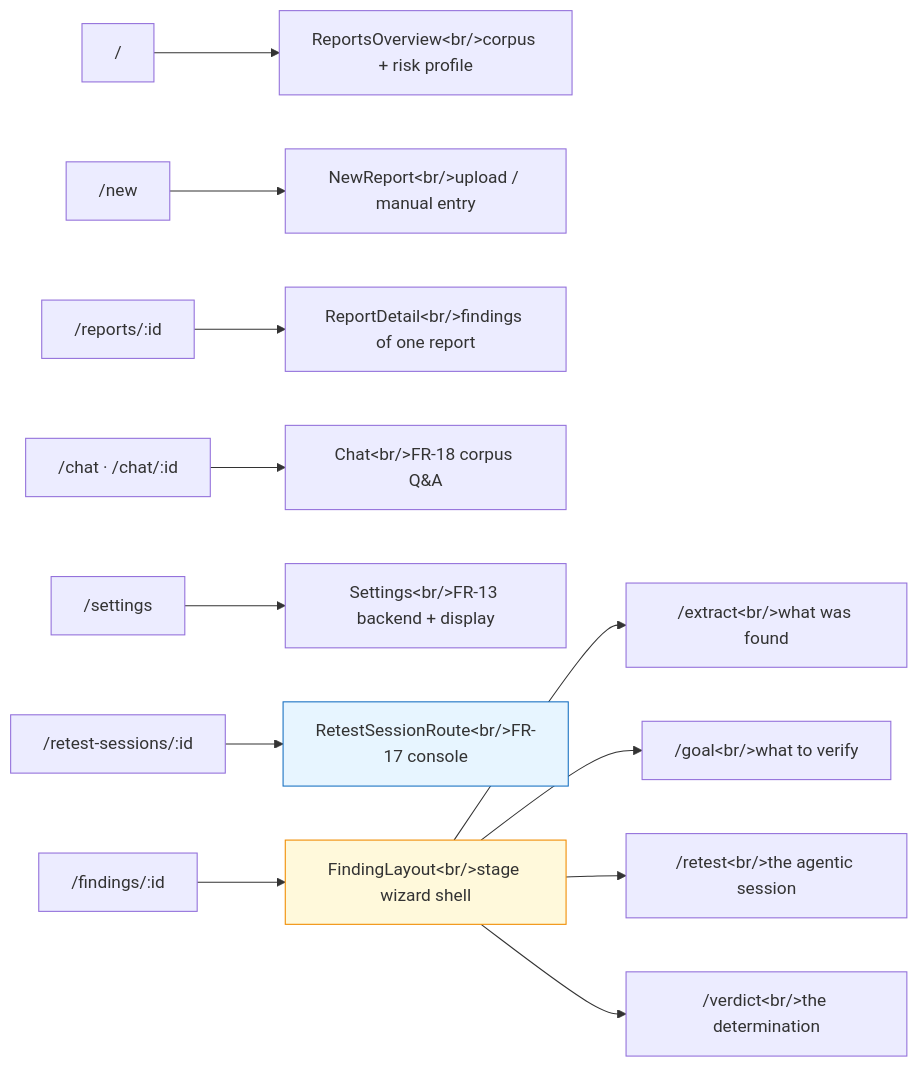
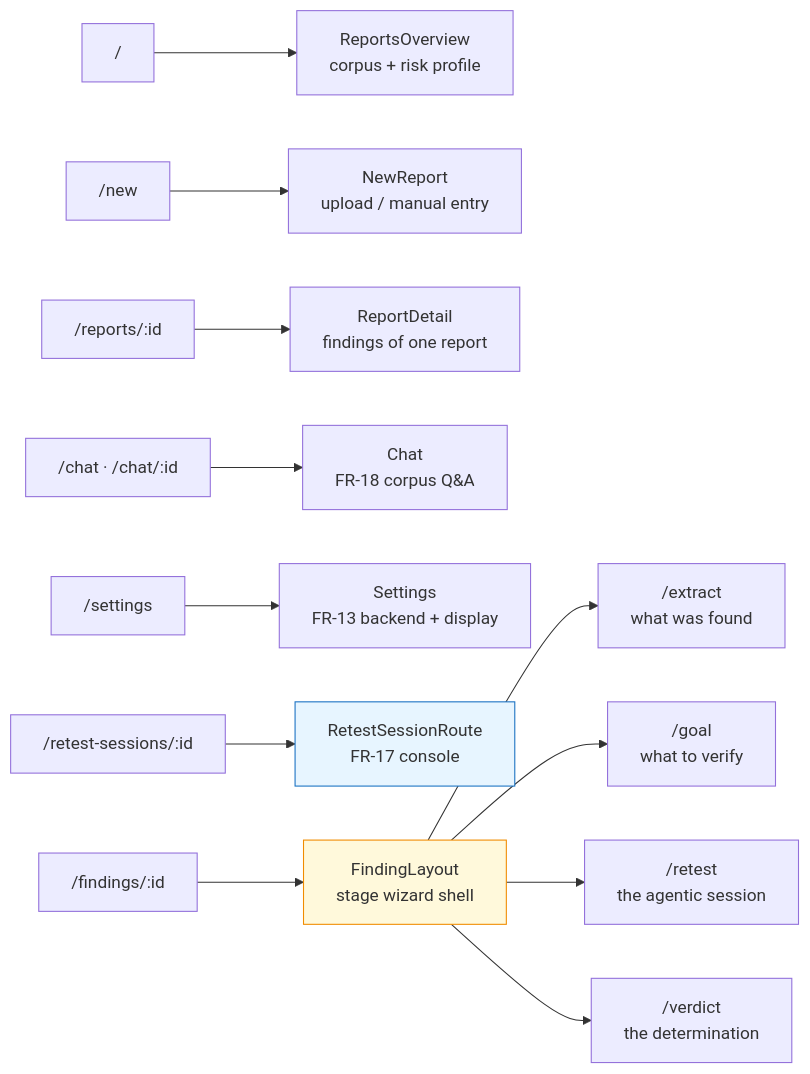
The fourth of 5 diagrams in docs/architecture/subsystem-flows.md (SelfishCoconut/revalid), drawn with Mermaid before and after one commit. The commit also changed other lines of this file and 5 other files, not shown here.

First line of the commit message:
fix(docs): every mermaid diagram rendered as a "Syntax error" bomb (#154) (#155)

````diff
--- a/docs/architecture/subsystem-flows.md
+++ b/docs/architecture/subsystem-flows.md
@@ -136,18 +136,18 @@
 ```mermaid
 flowchart LR
-    ROOT["/"] --> OV["ReportsOverview&lt;br/&gt;corpus + risk profile"]
-    NEW["/new"] --> NR["NewReport&lt;br/&gt;upload / manual entry"]
-    RD["/reports/:id"] --> RDV["ReportDetail&lt;br/&gt;findings of one report"]
-    CH["/chat · /chat/:id"] --> CHV["Chat&lt;br/&gt;FR-18 corpus Q&A"]
-    SET["/settings"] --> SETV["Settings&lt;br/&gt;FR-13 backend + display"]
-    RS["/retest-sessions/:id"] --> RSV["RetestSessionRoute&lt;br/&gt;FR-17 console"]
+    ROOT["/"] --> OV["ReportsOverview<br/>corpus + risk profile"]
+    NEW["/new"] --> NR["NewReport<br/>upload / manual entry"]
+    RD["/reports/:id"] --> RDV["ReportDetail<br/>findings of one report"]
+    CH["/chat · /chat/:id"] --> CHV["Chat<br/>FR-18 corpus Q&A"]
+    SET["/settings"] --> SETV["Settings<br/>FR-13 backend + display"]
+    RS["/retest-sessions/:id"] --> RSV["RetestSessionRoute<br/>FR-17 console"]
 
-    F["/findings/:id"] --> FL["FindingLayout&lt;br/&gt;stage wizard shell"]
-    FL --> S1["/extract&lt;br/&gt;what was found"]
-    FL --> S2["/goal&lt;br/&gt;what to verify"]
-    FL --> S3["/retest&lt;br/&gt;the agentic session"]
-    FL --> S4["/verdict&lt;br/&gt;the determination"]
+    F["/findings/:id"] --> FL["FindingLayout<br/>stage wizard shell"]
+    FL --> S1["/extract<br/>what was found"]
+    FL --> S2["/goal<br/>what to verify"]
+    FL --> S3["/retest<br/>the agentic session"]
+    FL --> S4["/verdict<br/>the determination"]
 
     style FL fill:#fff9db,stroke:#f08c00
     style RSV fill:#e7f5ff,stroke:#1971c2
 ```
````
